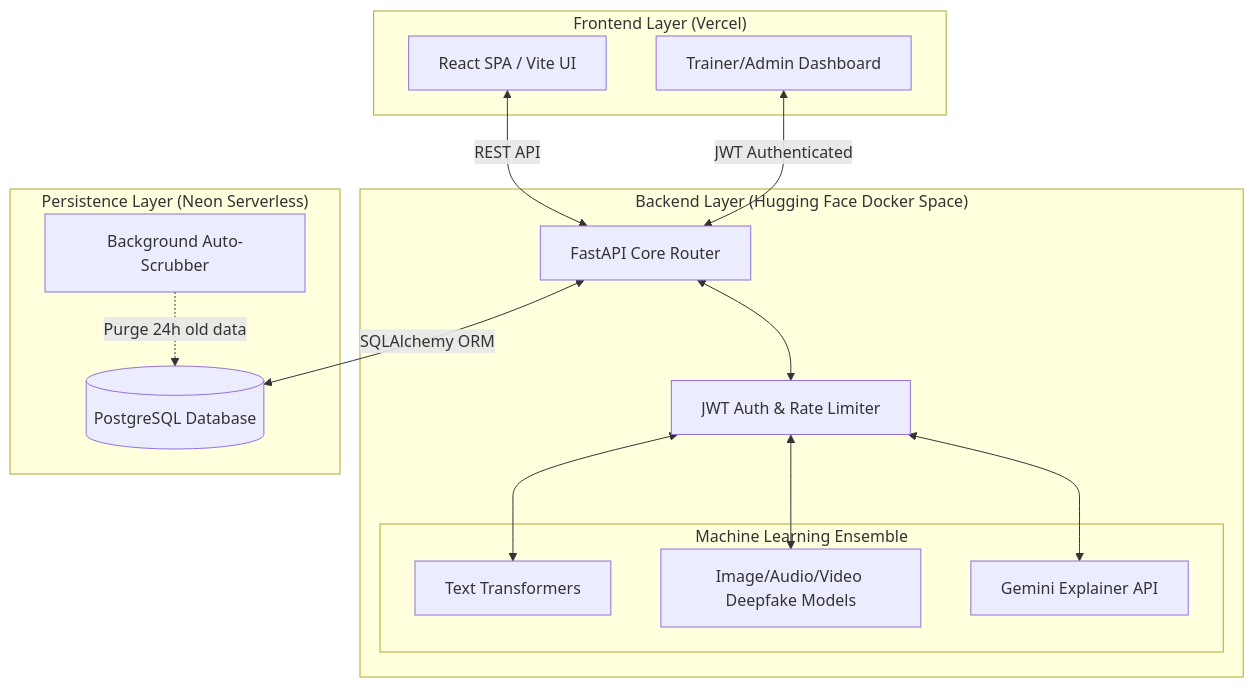
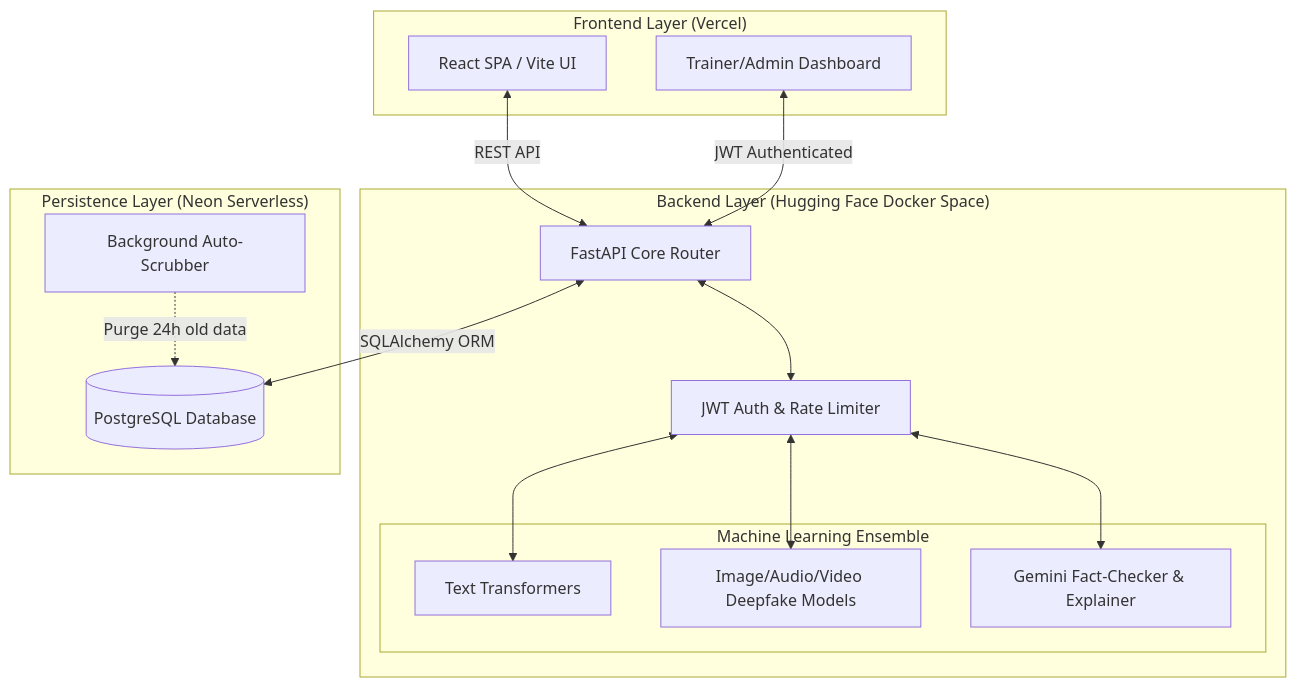
The diagram in README.md (AnustupMaity/Legit.Ai), drawn with Mermaid before and after one commit. The commit also changed other lines of this file, not shown here.

````diff
--- a/README.md
+++ b/README.md
@@ -43,34 +43,34 @@
 ```mermaid
 graph TD
     subgraph "Frontend Layer (Vercel)"
         A[React SPA / Vite UI]
         B[Trainer/Admin Dashboard]
     end
 
     subgraph "Backend Layer (Hugging Face Docker Space)"
         C[FastAPI Core Router]
         D[JWT Auth & Rate Limiter]
         
         subgraph "Machine Learning Ensemble"
             F[Text Transformers]
             G[Image/Audio/Video Deepfake Models]
-            H[Gemini Explainer API]
+            H[Gemini Fact-Checker & Explainer]
         end
     end
 
     subgraph "Persistence Layer (Neon Serverless)"
         I[(PostgreSQL Database)]
         E[Background Auto-Scrubber]
     end
 
     A <-->|REST API| C
     B <-->|JWT Authenticated| C
     
     C <--> D
     D <--> F
     D <--> G
     D <--> H
     
     C <-->|SQLAlchemy ORM| I
     E -.->|Purge 24h old data| I
 ```
````
